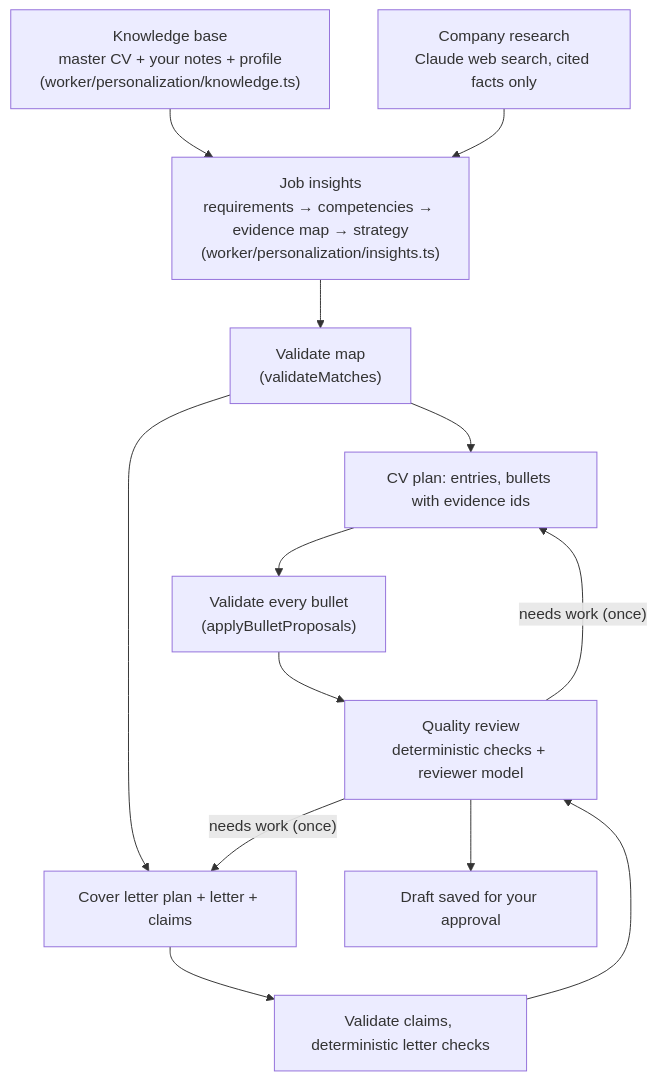
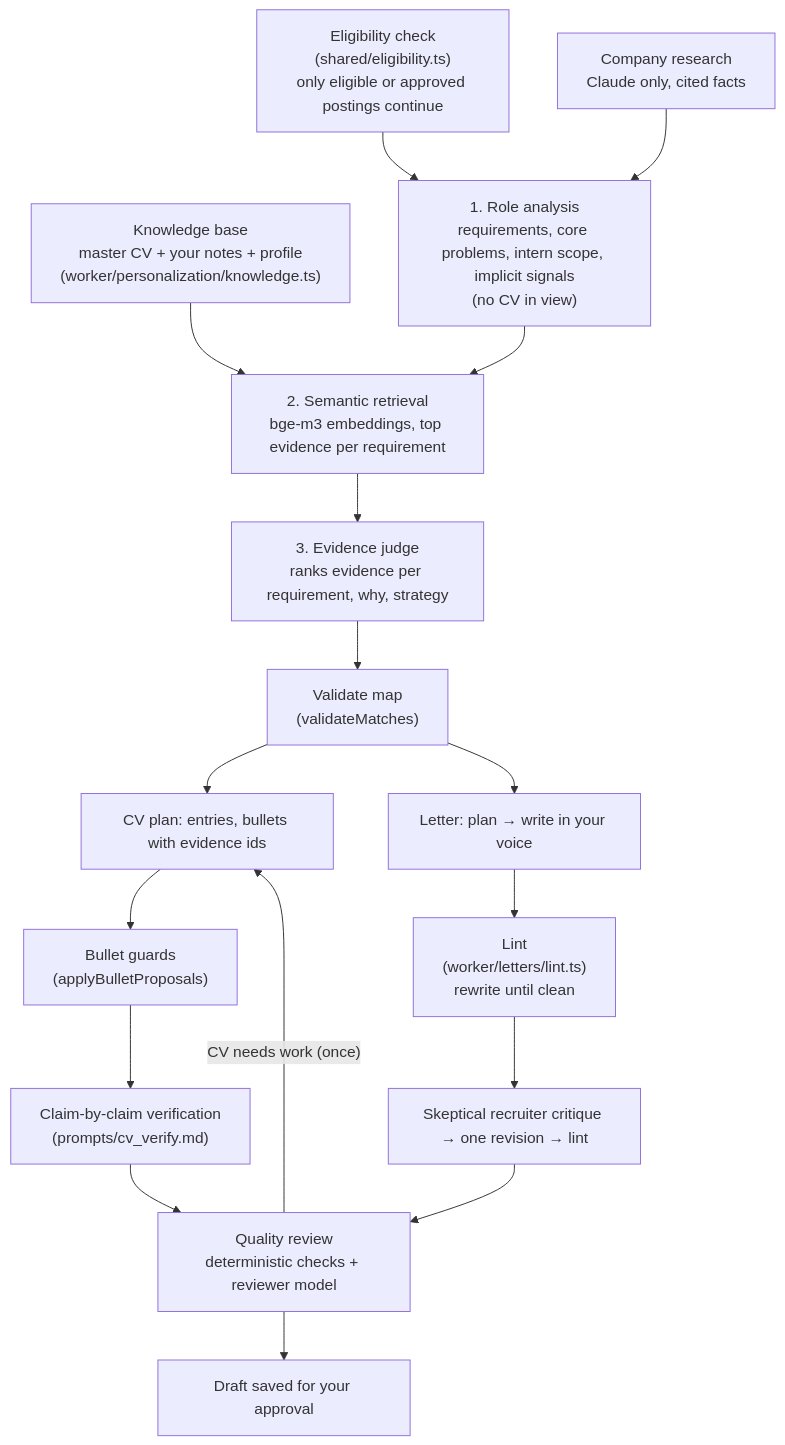
One commit to ethj0r/internships changed the diagram in docs/personalization.md. Above: the diagram before and after it, drawn with Mermaid. The commit also changed other lines of this file and 83 other files, not shown here.

First line of the commit message:
feat: eligibility-first pipeline, semantic matching and grounded letters

````diff
--- a/docs/personalization.md
+++ b/docs/personalization.md
@@ -43,20 +43,26 @@
 ```mermaid
 flowchart TD
+  E["Eligibility check<br/>(shared/eligibility.ts)<br/>only eligible or approved postings continue"]
   KB["Knowledge base<br/>master CV + your notes + profile<br/>(worker/personalization/knowledge.ts)"]
-  R["Company research<br/>Claude web search, cited facts only"]
-  I["Job insights<br/>requirements → competencies → evidence map → strategy<br/>(worker/personalization/insights.ts)"]
+  R["Company research<br/>Claude only, cited facts"]
+  A["1. Role analysis<br/>requirements, core problems, intern scope, implicit signals<br/>(no CV in view)"]
+  S["2. Semantic retrieval<br/>bge-m3 embeddings, top evidence per requirement"]
+  J["3. Evidence judge<br/>ranks evidence per requirement, why, strategy"]
   V1["Validate map<br/>(validateMatches)"]
   CV["CV plan: entries, bullets with evidence ids"]
-  V2["Validate every bullet<br/>(applyBulletProposals)"]
-  CL["Cover letter plan + letter + claims"]
-  V3["Validate claims, deterministic letter checks"]
+  V2["Bullet guards<br/>(applyBulletProposals)"]
+  V3["Claim-by-claim verification<br/>(prompts/cv_verify.md)"]
+  CL["Letter: plan → write in your voice"]
+  L["Lint<br/>(worker/letters/lint.ts)<br/>rewrite until clean"]
+  C["Skeptical recruiter critique → one revision → lint"]
   Q["Quality review<br/>deterministic checks + reviewer model"]
   D["Draft saved for your approval"]
-  KB --> I
-  R --> I
-  I --> V1 --> CV --> V2 --> Q
-  V1 --> CL --> V3 --> Q
-  Q -- "needs work (once)" --> CV
-  Q -- "needs work (once)" --> CL
+  E --> A
+  KB --> S
+  R --> A
+  A --> S --> J --> V1
+  V1 --> CV --> V2 --> V3 --> Q
+  V1 --> CL --> L --> C --> Q
+  Q -- "CV needs work (once)" --> CV
   Q --> D
 ```
````
